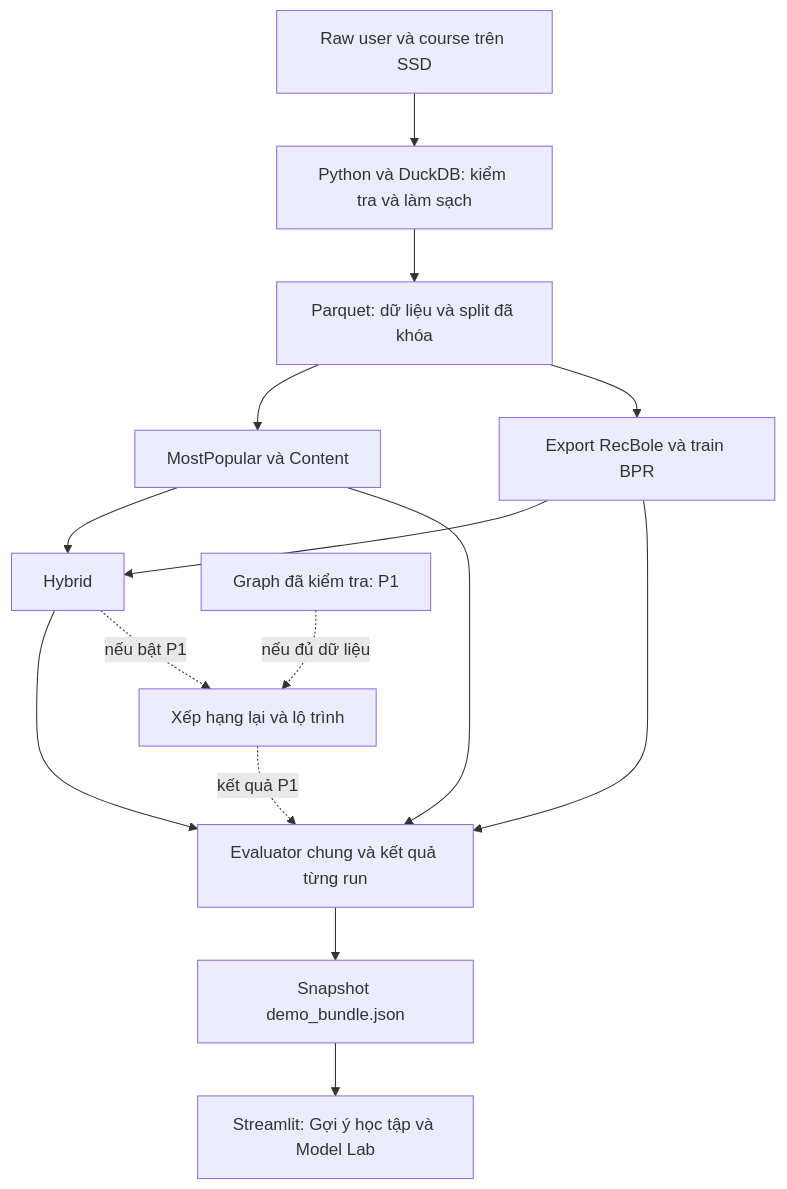
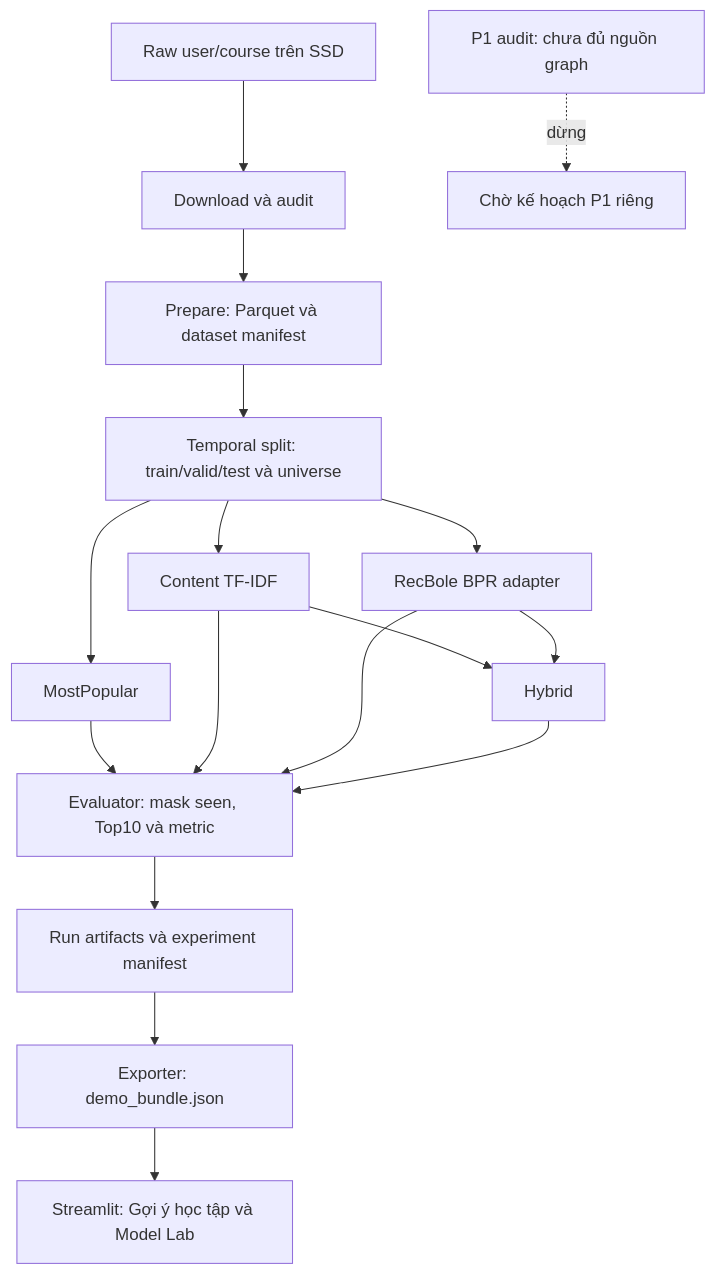
The diagram in docs/03_architecture.md (hoangvu14092005/RecSysEdu), drawn with Mermaid before and after one commit. The commit also changed other lines of this file and 3 other files, not shown here.

````diff
--- a/docs/03_architecture.md
+++ b/docs/03_architecture.md
@@ -9,17 +13,19 @@
 ```mermaid
 flowchart TD
-    A[Raw user và course trên SSD] --> B[Python và DuckDB: kiểm tra và làm sạch]
-    B --> C[Parquet: dữ liệu và split đã khóa]
-    C --> D[MostPopular và Content]
-    C --> E[Export RecBole và train BPR]
-    D --> F[Hybrid]
-    E --> F
-    D --> G[Evaluator chung và kết quả từng run]
-    E --> G
-    F --> G
-    H[Graph đã kiểm tra: P1] -. nếu đủ dữ liệu .-> I[Xếp hạng lại và lộ trình]
-    F -. nếu bật P1 .-> I
-    I -. kết quả P1 .-> G
-    G --> J[Snapshot demo_bundle.json]
-    J --> K[Streamlit: Gợi ý học tập và Model Lab]
+    A[Raw user/course trên SSD] --> B[Download và audit]
+    B --> C[Prepare: Parquet và dataset manifest]
+    C --> D[Temporal split: train/valid/test và universe]
+    D --> E[MostPopular]
+    D --> F[Content TF-IDF]
+    D --> G[RecBole BPR adapter]
+    F --> H[Hybrid]
+    G --> H
+    E --> I[Evaluator: mask seen, Top10 và metric]
+    F --> I
+    G --> I
+    H --> I
+    I --> J[Run artifacts và experiment manifest]
+    J --> K[Exporter: demo_bundle.json]
+    K --> L[Streamlit: Gợi ý học tập và Model Lab]
+    M[P1 audit: chưa đủ nguồn graph] -. dừng .-> N[Chờ kế hoạch P1 riêng]
 ```
````
